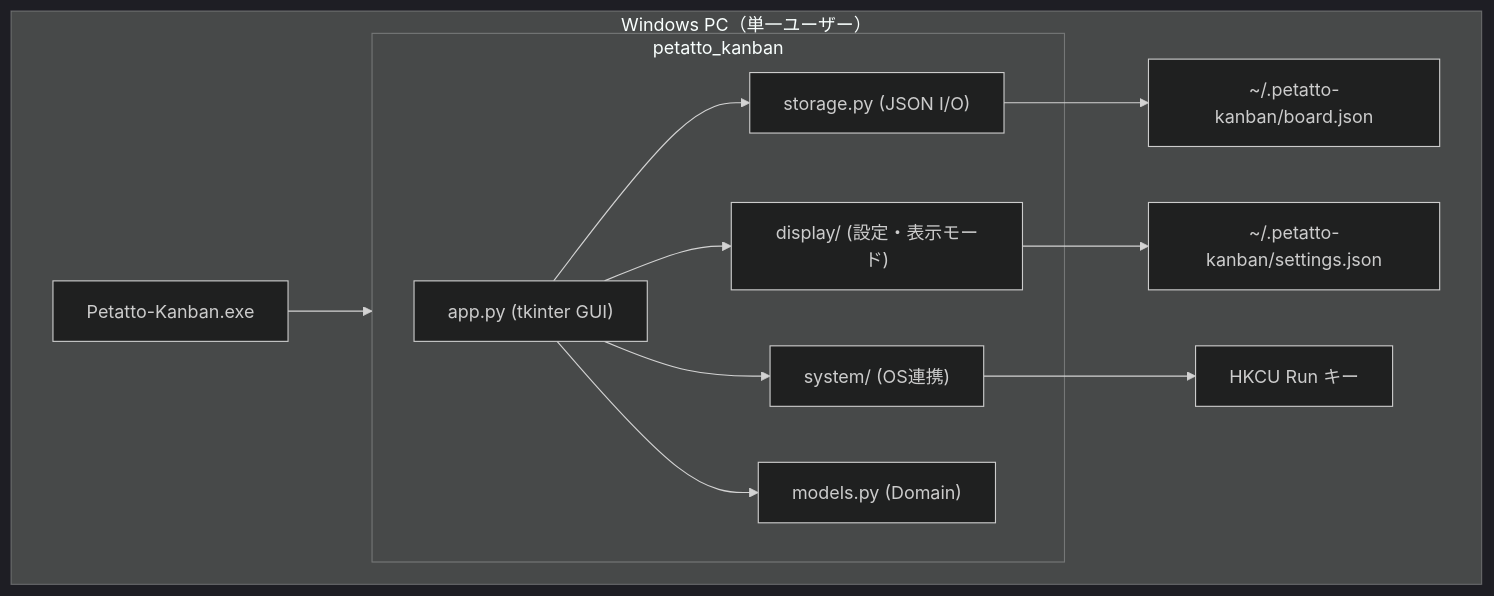
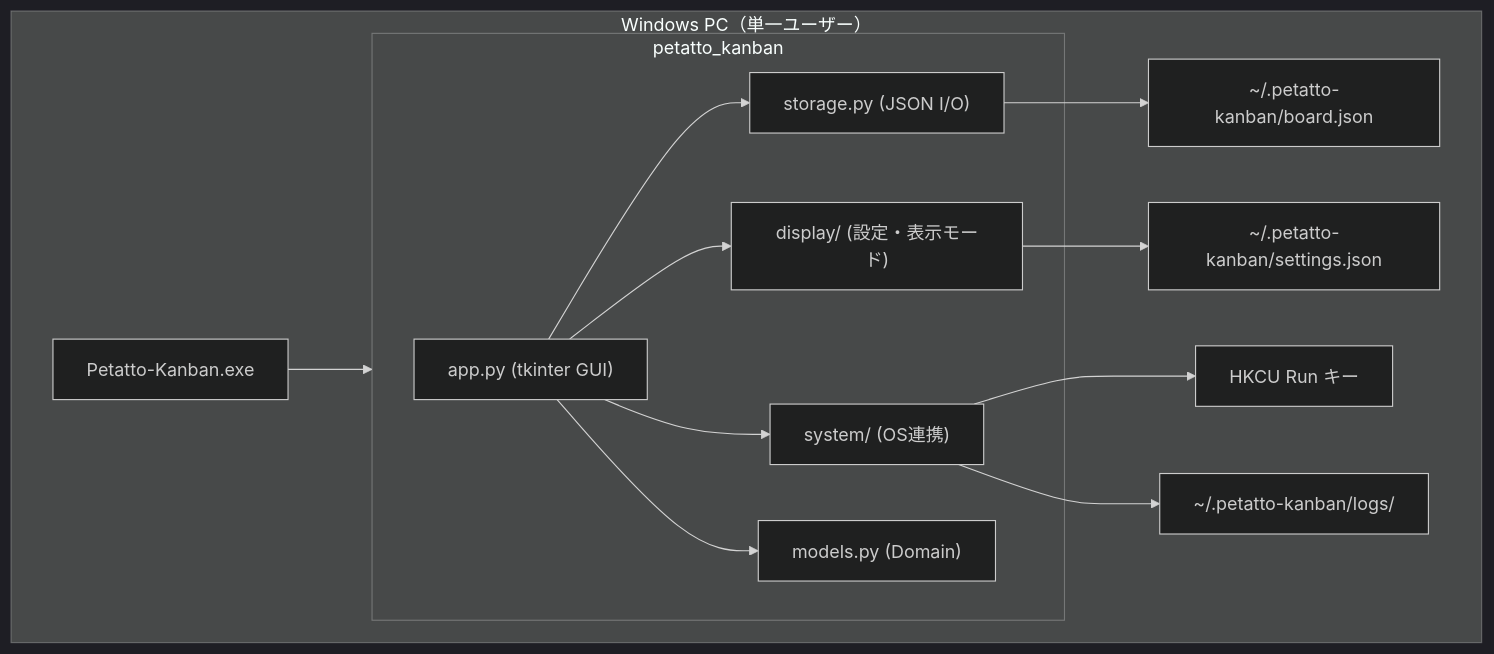
Before and after one commit to suzuki-hidehito66/Petatto-Kanban: the diagram in docs/spec/09-architecture.md, drawn with Mermaid (dark theme). The commit also changed other lines of this file and 25 other files, not shown here.

````diff
--- a/docs/spec/09-architecture.md
+++ b/docs/spec/09-architecture.md
@@ -15,24 +15,26 @@
 ```mermaid
 flowchart TB
     subgraph Desktop["Windows PC（単一ユーザー）"]
         EXE["Petatto-Kanban.exe"]
         subgraph App["petatto_kanban"]
             UI["app.py (tkinter GUI)"]
             Display["display/ (設定・表示モード)"]
             System["system/ (OS連携)"]
             Models["models.py (Domain)"]
             Storage["storage.py (JSON I/O)"]
         end
         BoardJSON["~/.petatto-kanban/board.json"]
         SettingsJSON["~/.petatto-kanban/settings.json"]
+        ErrorLogs["~/.petatto-kanban/logs/"]
         Registry["HKCU Run キー"]
     end
     EXE --> App
     Storage --> BoardJSON
     Display --> SettingsJSON
     System --> Registry
+    System --> ErrorLogs
     UI --> Models
     UI --> Storage
     UI --> Display
     UI --> System
 ```
````
